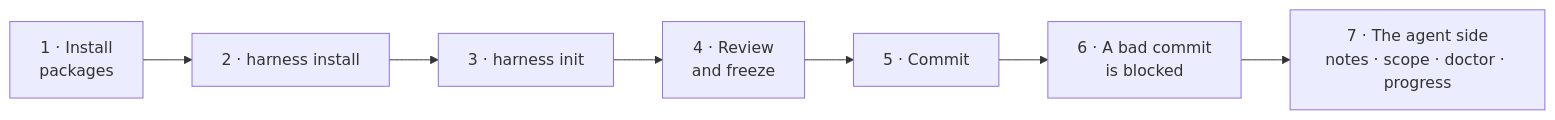
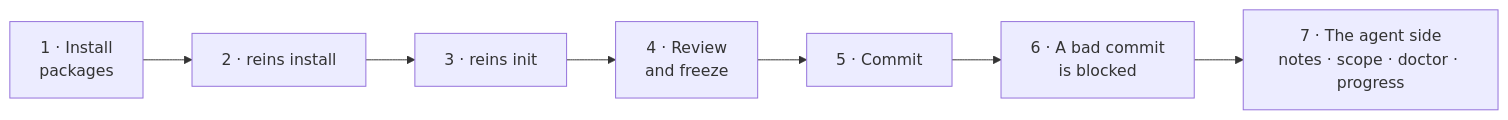
One commit to fredarcito/reins changed the diagram in docs/walkthrough.md. Above: the diagram before and after it, drawn with Mermaid. The commit also changed other lines of this file and 186 other files, not shown here.

````diff
--- a/docs/walkthrough.md
+++ b/docs/walkthrough.md
@@ -5,9 +5,9 @@
 ```mermaid
 flowchart LR
-    a["1 · Install<br/>packages"] --> b["2 · harness install"]
-    b --> c["3 · harness init"]
+    a["1 · Install<br/>packages"] --> b["2 · reins install"]
+    b --> c["3 · reins init"]
     c --> d["4 · Review<br/>and freeze"]
     d --> e["5 · Commit"]
     e --> f["6 · A bad commit<br/>is blocked"]
     f --> g["7 · The agent side<br/>notes · scope · doctor · progress"]
 ```
````
